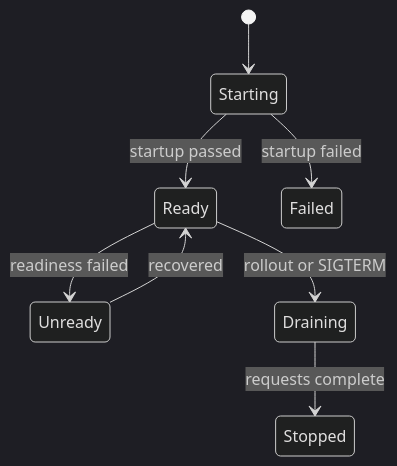
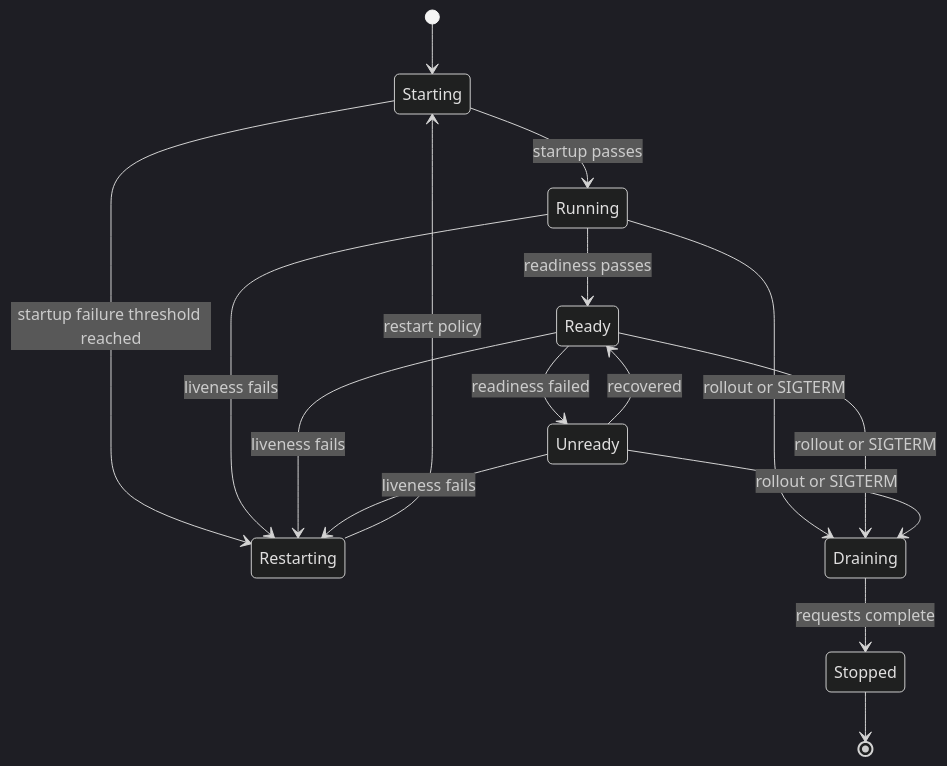
The diagram in app/book/chapter11.md (lu-xury/agent-backend-textbook), drawn with Mermaid (dark theme) before and after one commit. The commit also changed other lines of this file and 17 other files, not shown here.

First line of the commit message:
审核全书概念、图表与伪代码

````diff
--- a/app/book/chapter11.md
+++ b/app/book/chapter11.md
@@ -74,10 +74,18 @@
 ```mermaid
 stateDiagram-v2
   [*] --> Starting
-  Starting --> Ready: startup passed
-  Starting --> Failed: startup failed
+  Starting --> Running: startup passes
+  Starting --> Restarting: startup failure threshold reached
+  Running --> Ready: readiness passes
   Ready --> Unready: readiness failed
   Unready --> Ready: recovered
+  Running --> Restarting: liveness fails
+  Ready --> Restarting: liveness fails
+  Unready --> Restarting: liveness fails
+  Restarting --> Starting: restart policy
+  Running --> Draining: rollout or SIGTERM
   Ready --> Draining: rollout or SIGTERM
+  Unready --> Draining: rollout or SIGTERM
   Draining --> Stopped: requests complete
+  Stopped --> [*]
 ```
````
